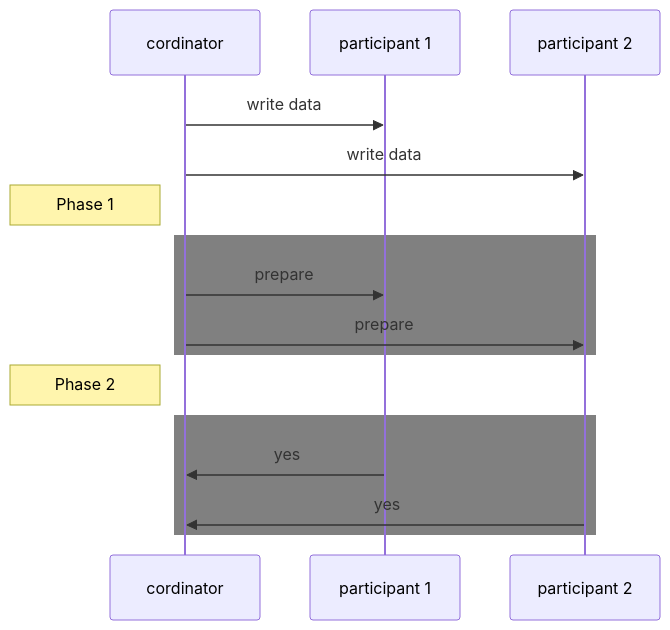
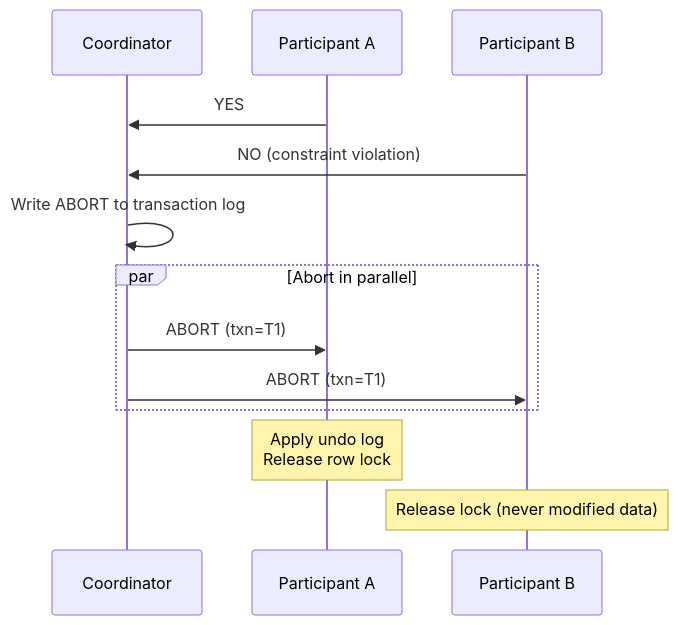
Before and after one commit to sharief007/dev-docs: the third of 4 diagrams in content/design-concepts/consensus/two-phase-commit.md, drawn with Mermaid. The commit also changed other lines of this file and 11 other files, not shown here.

````diff
--- a/content/design-concepts/consensus/two-phase-commit.md
+++ b/content/design-concepts/consensus/two-phase-commit.md
@@ -34,21 +81,19 @@
 ```mermaid
 sequenceDiagram
-	participant C as cordinator
-    participant P1 as participant 1
-    participant P2 as participant 2
+    participant C as Coordinator
+    participant A as Participant A
+    participant B as Participant B
 
-    C->>P1: write data
-    C->>P2: write data
+    A->>C: YES
+    B->>C: NO (constraint violation)
 
-    note left of C: Phase 1
-    rect gray
-    C->>P1: prepare
-    C->>P2: prepare
+    C->>C: Write ABORT to transaction log
+
+    par Abort in parallel
+        C->>A: ABORT (txn=T1)
+        C->>B: ABORT (txn=T1)
     end
 
-    note left of C: Phase 2
-    rect gray
-    P1->>C: yes
-    P2->>C: yes
-    end
+    Note over A: Apply undo log<br/>Release row lock
+    Note over B: Release lock (never modified data)
 ```
````
